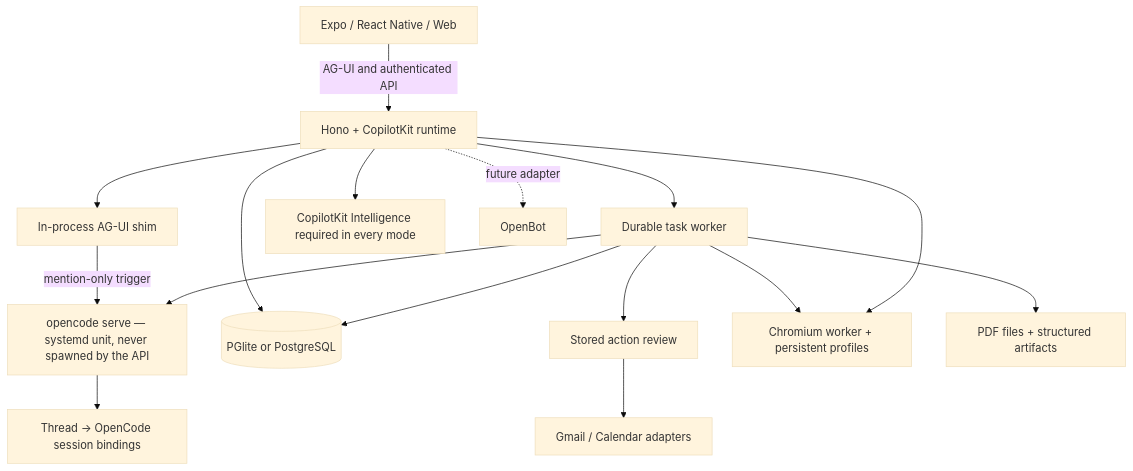
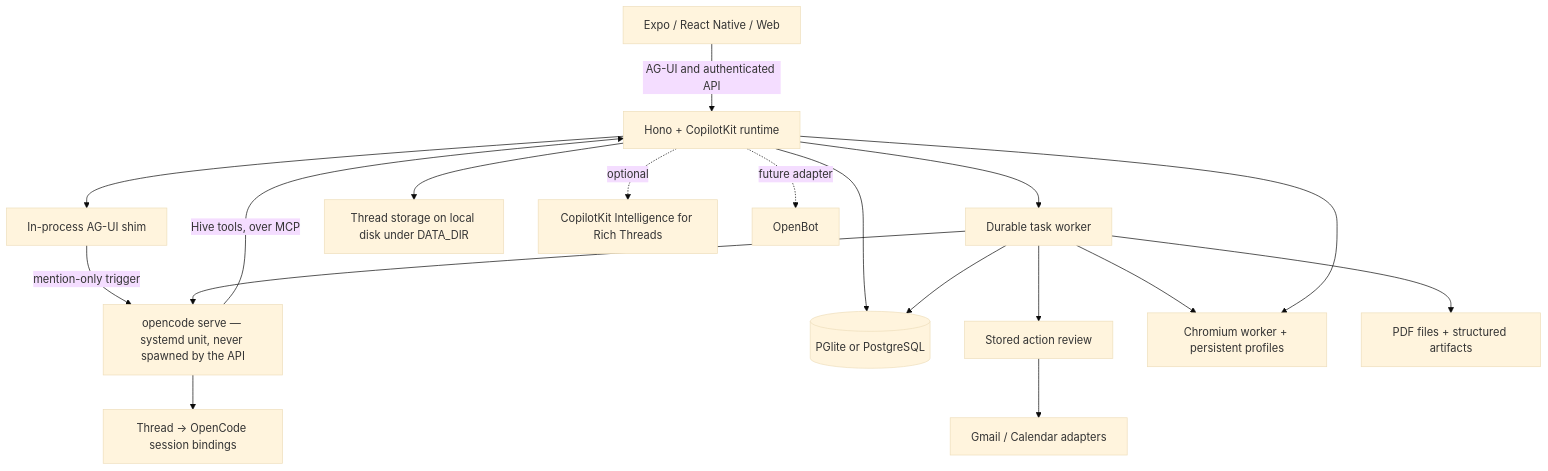
One commit to akshay-gup/openmuse changed the diagram in README.md. Above: the diagram before and after it, drawn with Mermaid (base theme).

Commit message:
README: fix the architecture diagram
It said CopilotKit Intelligence is "required in every mode", which contradicts the rest of
the README and the code (the key is optional and threads persist on local disk without it).
Show Intelligence as an optional link, thread storage on disk, and the edge that matters
for the agent: OpenCode calls Hive's tools back over MCP. Checked by rendering the diagram
with mermaid 11 in headless Chromium.

Claude-Session: https://claude.ai/code/session_01LD7BnsUVgwaKiVYciRMKNX

````diff
--- a/README.md
+++ b/README.md
@@ -232,18 +232,20 @@
 ```mermaid
 flowchart TD
   Client[Expo / React Native / Web] -->|AG-UI and authenticated API| API[Hono + CopilotKit runtime]
   API --> Shim[In-process AG-UI shim]
   Shim -->|mention-only trigger| OpenCode[opencode serve — systemd unit, never spawned by the API]
   OpenCode --> Sessions[Thread → OpenCode session bindings]
+  OpenCode -->|Hive tools, over MCP| API
   API --> Tasks[Durable task worker]
   Tasks --> OpenCode
-  API --> Threads[CopilotKit Intelligence required in every mode]
+  API --> Threads[Thread storage on local disk under DATA_DIR]
+  API -. optional .-> Intelligence[CopilotKit Intelligence for Rich Threads]
   API --> Store[(PGlite or PostgreSQL)]
   Tasks --> Store
   Tasks --> Review[Stored action review]
   Review --> Google[Gmail / Calendar adapters]
   Tasks --> Browser[Chromium worker + persistent profiles]
   API --> Browser
   Tasks --> Files[PDF files + structured artifacts]
   API -. future adapter .-> OpenBot[OpenBot]
 ```
````
